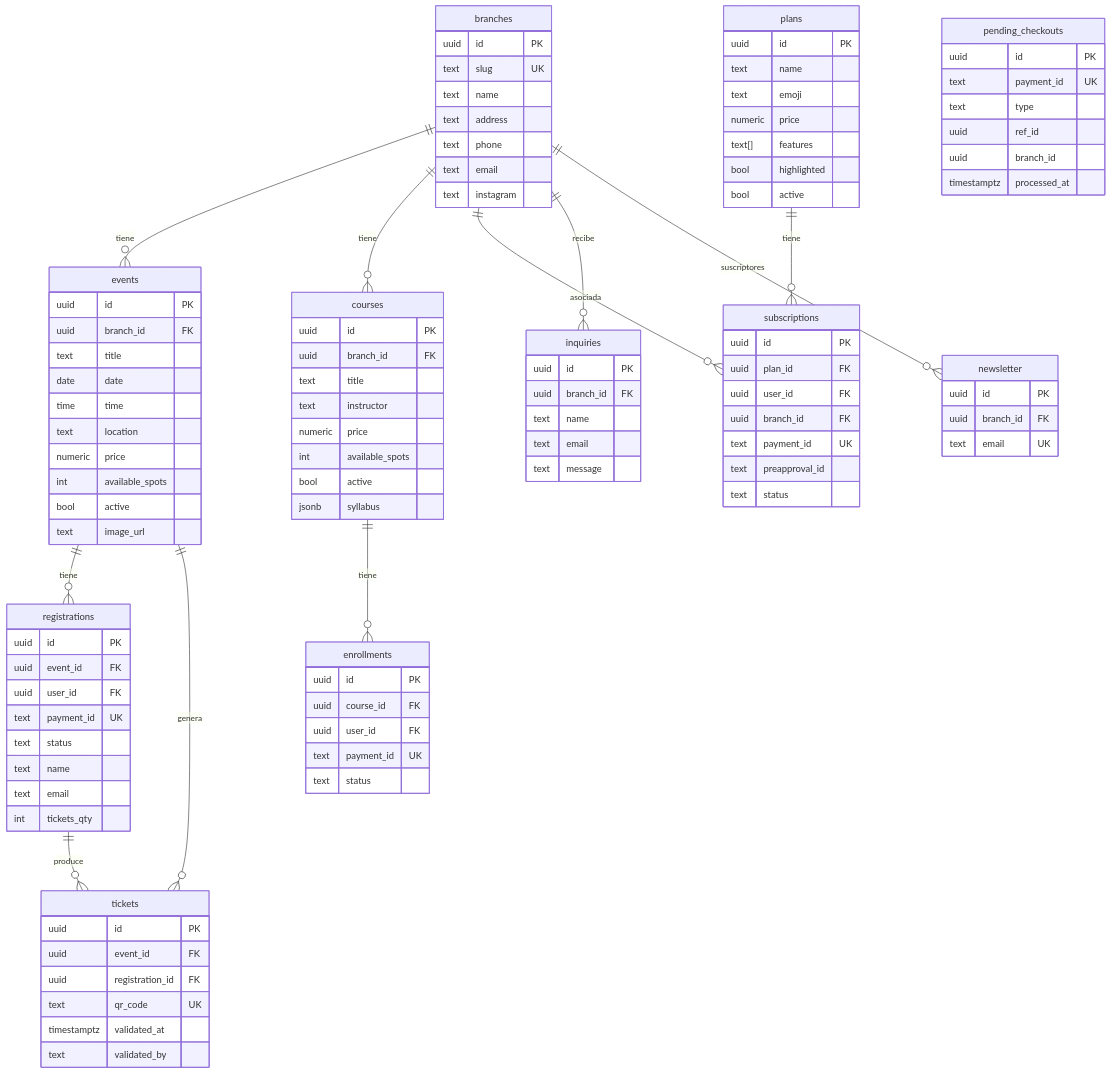
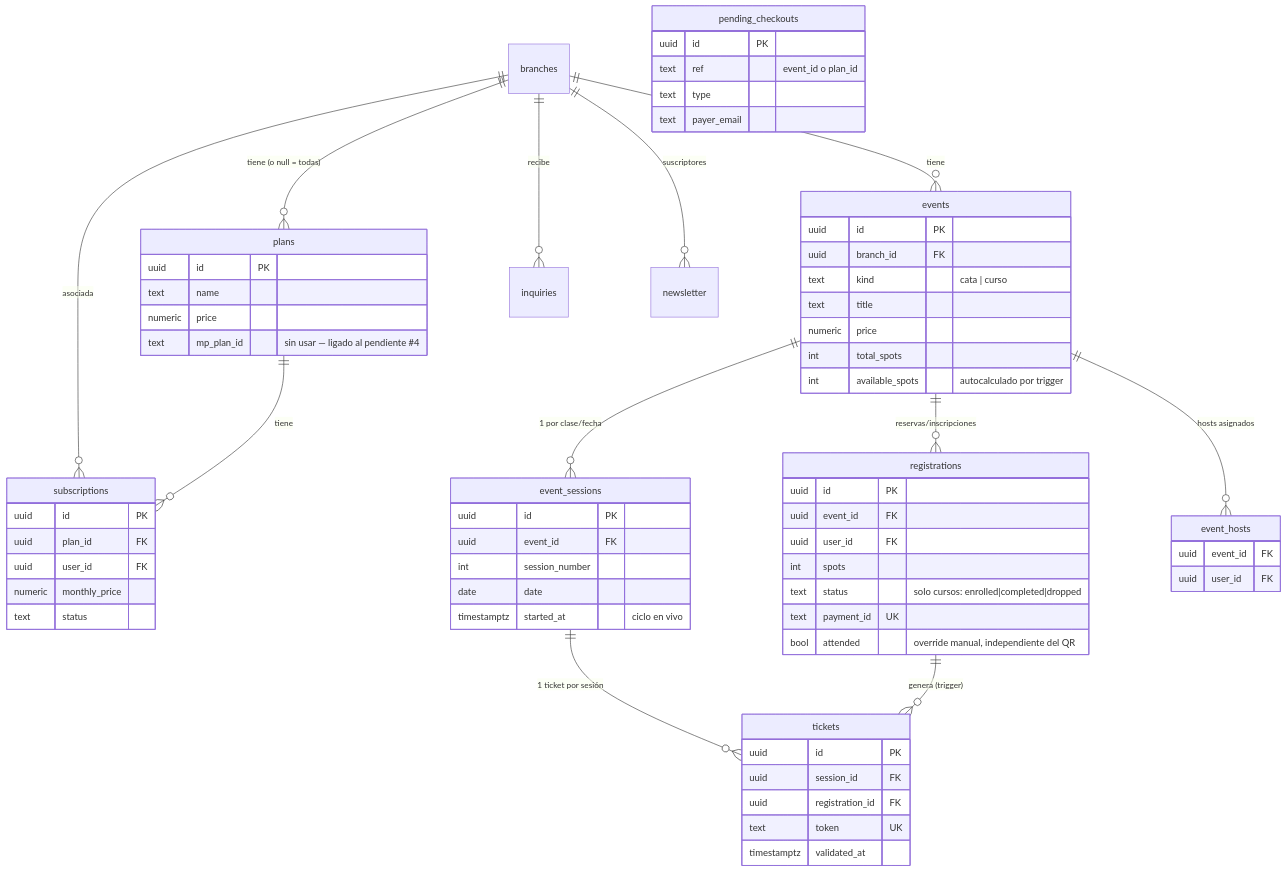
The fifth of 5 diagrams in docs/architecture-diagrams.md (lauta-rial/lodegranados-v2), drawn with Mermaid before and after one commit. The commit also changed other lines of this file, not shown here.

First line of the commit message:
Rewrite architecture diagrams to match current state, cut one for simplicity

````diff
--- a/docs/architecture-diagrams.md
+++ b/docs/architecture-diagrams.md
@@ -180,108 +160,71 @@
 ```mermaid
 erDiagram
-    branches {
-        uuid id PK
-        text slug UK
-        text name
-        text address
-        text phone
-        text email
-        text instagram
-    }
+    branches ||--o{ events : "tiene"
+    branches ||--o{ plans : "tiene (o null = todas)"
+    branches ||--o{ subscriptions : "asociada"
+    branches ||--o{ inquiries : "recibe"
+    branches ||--o{ newsletter : "suscriptores"
+
+    events ||--o{ event_sessions : "1 por clase/fecha"
+    events ||--o{ registrations : "reservas/inscripciones"
+    events ||--o{ event_hosts : "hosts asignados"
+    event_sessions ||--o{ tickets : "1 ticket por sesión"
+    registrations ||--o{ tickets : "genera (trigger)"
+    plans ||--o{ subscriptions : "tiene"
+
     events {
         uuid id PK
         uuid branch_id FK
+        text kind "cata | curso"
         text title
+        numeric price
+        int total_spots
+        int available_spots "autocalculado por trigger"
+    }
+    event_sessions {
+        uuid id PK
+        uuid event_id FK
+        int session_number
         date date
-        time time
-        text location
-        numeric price
-        int available_spots
-        bool active
-        text image_url
-    }
-    courses {
-        uuid id PK
-        uuid branch_id FK
-        text title
-        text instructor
-        numeric price
-        int available_spots
-        bool active
-        jsonb syllabus
-    }
-    plans {
-        uuid id PK
-        text name
-        text emoji
-        numeric price
-        text[] features
-        bool highlighted
-        bool active
+        timestamptz started_at "ciclo en vivo"
     }
     registrations {
         uuid id PK
         uuid event_id FK
         uuid user_id FK
+        int spots
+        text status "solo cursos: enrolled|completed|dropped"
         text payment_id UK
-        text status
-        text name
-        text email
-        int tickets_qty
+        bool attended "override manual, independiente del QR"
     }
     tickets {
         uuid id PK
+        uuid session_id FK
+        uuid registration_id FK
+        text token UK
+        timestamptz validated_at
+    }
+    event_hosts {
         uuid event_id FK
-        uuid registration_id FK
-        text qr_code UK
-        timestamptz validated_at
-        text validated_by
+        uuid user_id FK
     }
-    enrollments {
+    plans {
         uuid id PK
-        uuid course_id FK
-        uuid user_id FK
-        text payment_id UK
-        text status
+        text name
+        numeric price
+        text mp_plan_id "sin usar — ligado al pendiente #4"
     }
     subscriptions {
         uuid id PK
         uuid plan_id FK
         uuid user_id FK
-        uuid branch_id FK
-        text payment_id UK
-        text preapproval_id
+        numeric monthly_price
         text status
-    }
-    inquiries {
-        uuid id PK
-        uuid branch_id FK
-        text name
-        text email
-        text message
-    }
-    newsletter {
-        uuid id PK
-        uuid branch_id FK
-        text email UK
     }
     pending_checkouts {
         uuid id PK
-        text payment_id UK
+        text ref "event_id o plan_id"
         text type
-        uuid ref_id
-        uuid branch_id
-        timestamptz processed_at
+        text payer_email
     }
-
-    branches ||--o{ events : "tiene"
-    branches ||--o{ courses : "tiene"
-    branches ||--o{ subscriptions : "asociada"
-    branches ||--o{ inquiries : "recibe"
-    branches ||--o{ newsletter : "suscriptores"
-    events ||--o{ registrations : "tiene"
-    events ||--o{ tickets : "genera"
-    registrations ||--o{ tickets : "produce"
-    courses ||--o{ enrollments : "tiene"
-    plans ||--o{ subscriptions : "tiene"
 ```
````
